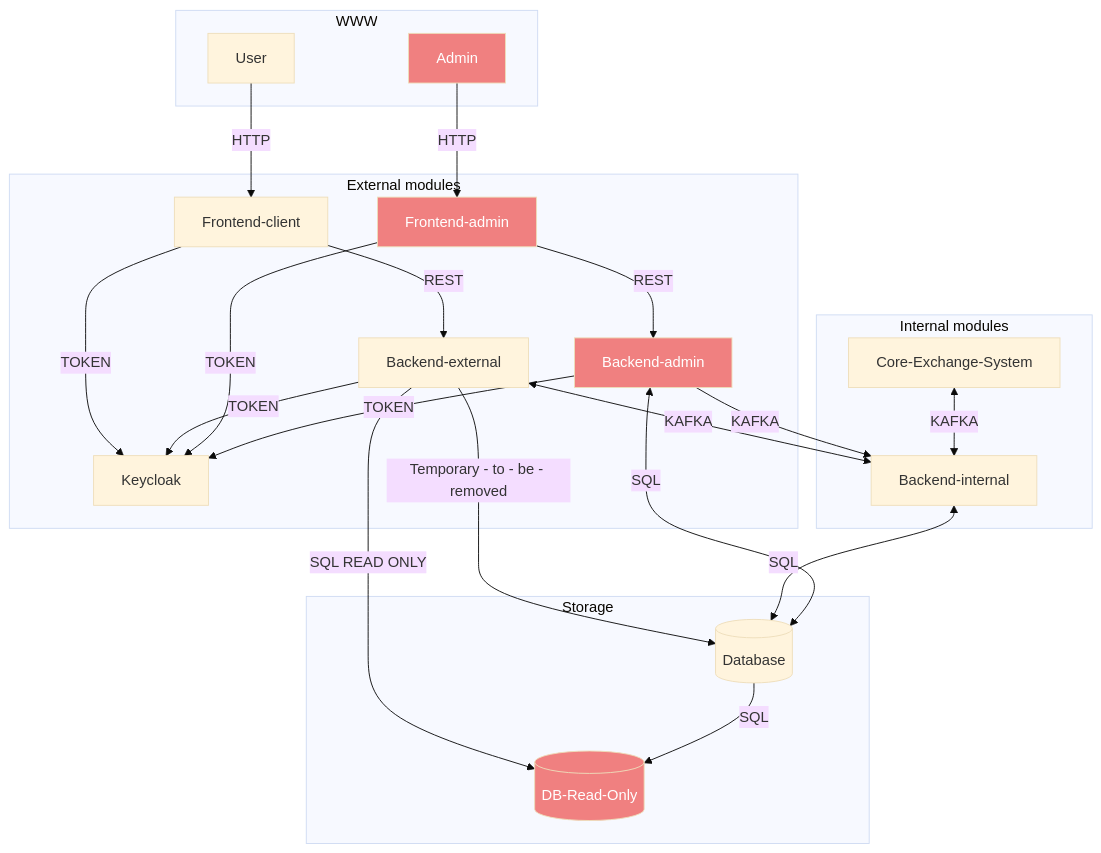
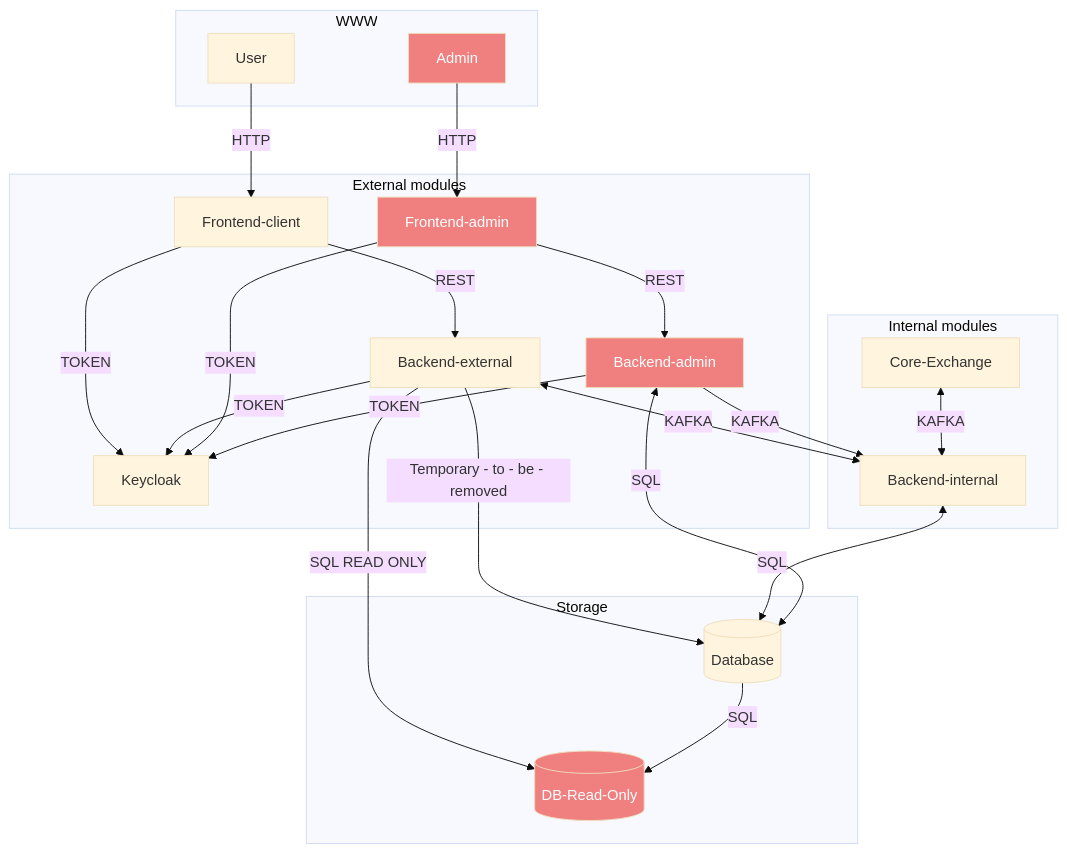
One commit to tomasz-franek/exchange-platform changed the diagram in docs/architecture.md. Above: the diagram before and after it, drawn with Mermaid (base theme).

Commit message:
architecture document update

````diff
--- a/docs/architecture.md
+++ b/docs/architecture.md
@@ -6,50 +6,50 @@
 ```mermaid
 graph TD
     User[User]
 %%    Admin[Administrator]
     DB[(Database)]
     DB-Read-Only[(DB-Read-Only)]
     User -->|HTTP| Frontend-client
     Admin -->|HTTP| Frontend-admin
     Frontend-client -->|TOKEN| Keycloak
     Backend-external -->|TOKEN| Keycloak
     Backend-external <-->|KAFKA| Backend-internal
     Frontend-admin -->|TOKEN| Keycloak
     Backend-admin -->|TOKEN| Keycloak
     Backend-admin -->|KAFKA| Backend-internal
     Frontend-client -->|REST| Backend-external
-    Core-Exchange-System <-->|KAFKA| Backend-internal
+    Core-Exchange <-->|KAFKA| Backend-internal
     Frontend-admin -->|REST| Backend-admin
     Backend-external -->|SQL READ ONLY| DB-Read-Only
     Backend-external -->|Temporary - to - be - removed| DB
     Backend-internal <-->|SQL| DB
     Backend-admin <-->|SQL| DB
     DB -->|SQL| DB-Read-Only
 
     subgraph WWW
         Admin
         User
     end
 
     subgraph External modules
         Frontend-admin
         Frontend-client
         Backend-external
         Backend-admin
         Keycloak
     end
     subgraph Internal modules
         Backend-internal
-        Core-Exchange-System
+        Core-Exchange
     end
 
     subgraph Storage
         DB
         DB-Read-Only
     end
     classDef badBadEvent fill: #F08080, color: white
     class Admin badBadEvent
     class Frontend-admin badBadEvent
     class Backend-admin badBadEvent
     class DB-Read-Only badBadEvent
 ```
````
